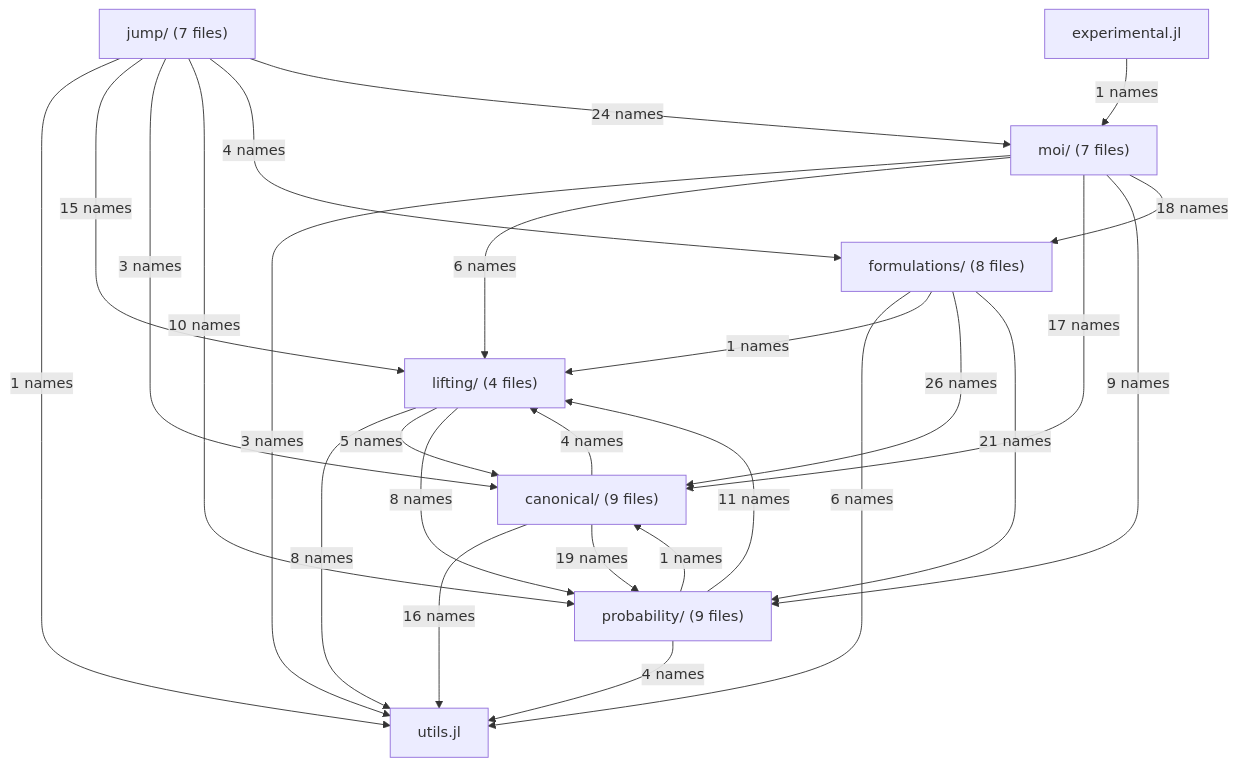
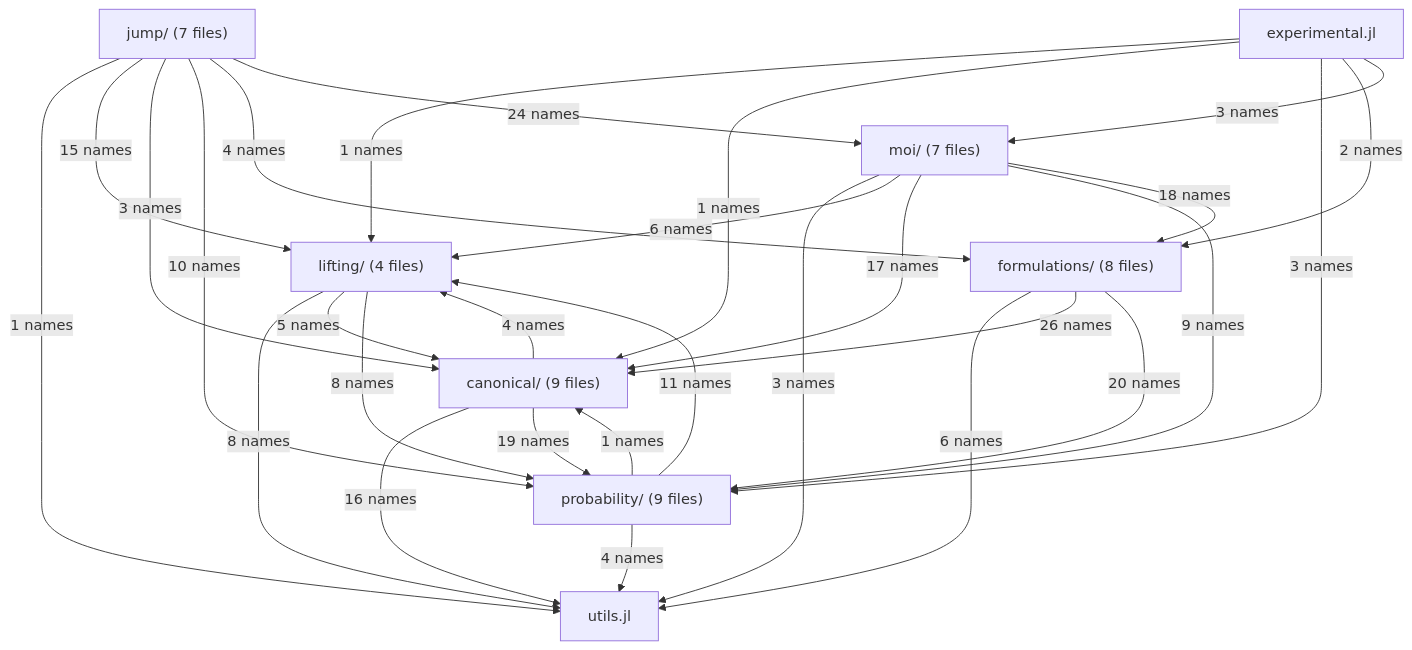
The diagram in docs/src/developer/structure_current.md (bfpc/LinearDecisionRules.jl), drawn with Mermaid before and after one commit. The commit also changed other lines of this file and 13 other files, not shown here.

````diff
--- a/docs/src/developer/structure_current.md
+++ b/docs/src/developer/structure_current.md
@@ -12,36 +12,39 @@
 ```mermaid
 flowchart TD
     utils["utils.jl"]
     lifting["lifting/ (4 files)"]
     canonical["canonical/ (9 files)"]
     probability["probability/ (9 files)"]
     formulations["formulations/ (8 files)"]
     moi["moi/ (7 files)"]
     jump["jump/ (7 files)"]
     experimental["experimental.jl"]
     lifting -->|"8 names"| utils
     lifting -->|"5 names"| canonical
     lifting -->|"8 names"| probability
     canonical -->|"16 names"| utils
     canonical -->|"4 names"| lifting
     canonical -->|"19 names"| probability
     probability -->|"4 names"| utils
     probability -->|"11 names"| lifting
     probability -->|"1 names"| canonical
     formulations -->|"6 names"| utils
-    formulations -->|"1 names"| lifting
     formulations -->|"26 names"| canonical
-    formulations -->|"21 names"| probability
+    formulations -->|"20 names"| probability
     moi -->|"3 names"| utils
     moi -->|"6 names"| lifting
     moi -->|"17 names"| canonical
     moi -->|"9 names"| probability
     moi -->|"18 names"| formulations
     jump -->|"1 names"| utils
     jump -->|"15 names"| lifting
     jump -->|"3 names"| canonical
     jump -->|"10 names"| probability
     jump -->|"4 names"| formulations
     jump -->|"24 names"| moi
-    experimental -->|"1 names"| moi
+    experimental -->|"1 names"| lifting
+    experimental -->|"1 names"| canonical
+    experimental -->|"3 names"| probability
+    experimental -->|"2 names"| formulations
+    experimental -->|"3 names"| moi
 ```
````
